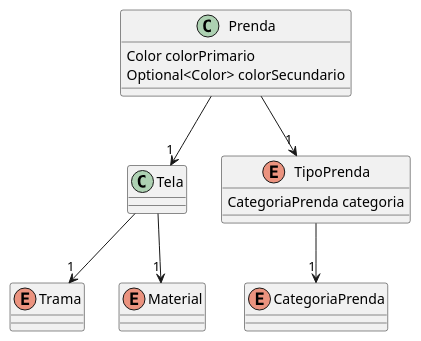
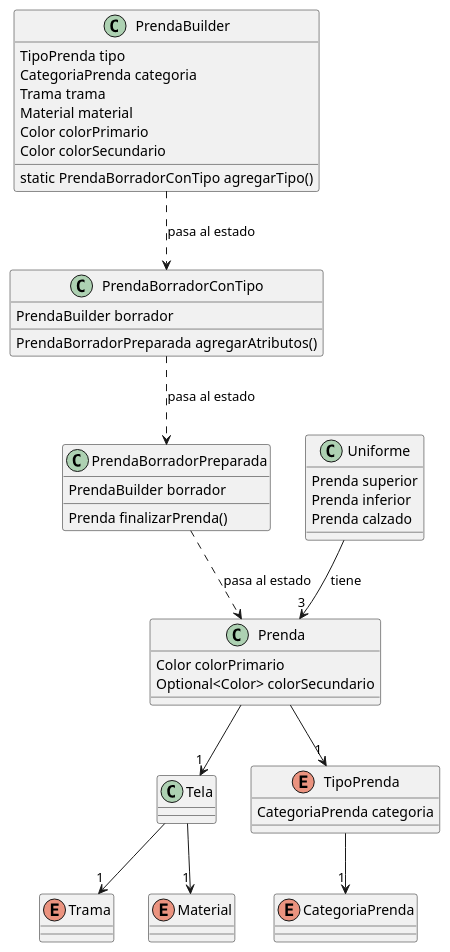
The diagram in qmp_diagrama.puml (MarcoPiatti/qmp), drawn with PlantUML before and after one commit. The commit also changed 10 other files, not shown here.

```diff
--- a/qmp_diagrama.puml
+++ b/qmp_diagrama.puml
@@ -1,28 +1,62 @@
 @startuml qmp_diagrama
 
 class Prenda {
     Color colorPrimario
     Optional<Color> colorSecundario
 }
 
 class Tela
 
 Prenda --> "1" Tela
 
 enum Trama
 enum Material
 
 Tela --> "1" Trama
 Tela --> "1" Material
 
 enum TipoPrenda {
     CategoriaPrenda categoria
 }
 
 Prenda --> "1" TipoPrenda
 
 enum CategoriaPrenda
 
 TipoPrenda --> "1" CategoriaPrenda
 
+class PrendaBuilder {
+    TipoPrenda tipo
+    CategoriaPrenda categoria
+    Trama trama
+    Material material
+    Color colorPrimario
+    Color colorSecundario
+
+    static PrendaBorradorConTipo agregarTipo()
+}
+
+class PrendaBorradorConTipo {
+    PrendaBuilder borrador
+    PrendaBorradorPreparada agregarAtributos()
+}
+
+PrendaBuilder ..> PrendaBorradorConTipo : pasa al estado
+
+class PrendaBorradorPreparada {
+    PrendaBuilder borrador
+    Prenda finalizarPrenda()
+}
+
+PrendaBorradorConTipo ..> PrendaBorradorPreparada : pasa al estado
+PrendaBorradorPreparada ..> Prenda : pasa al estado
+
+class Uniforme {
+    Prenda superior
+    Prenda inferior
+    Prenda calzado
+}
+
+Uniforme --> "3" Prenda : tiene
+
 @enduml
```
